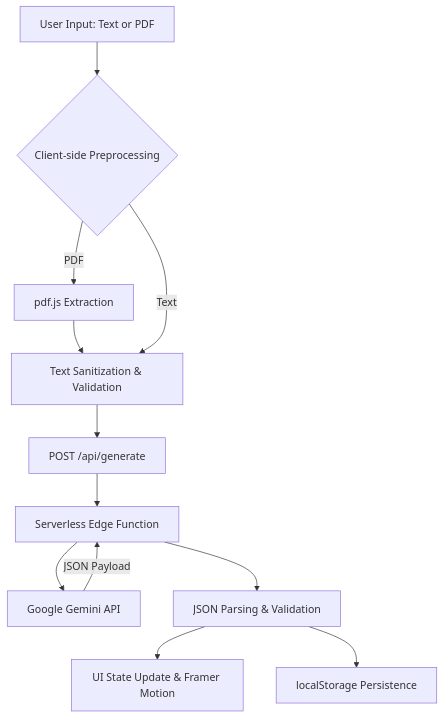
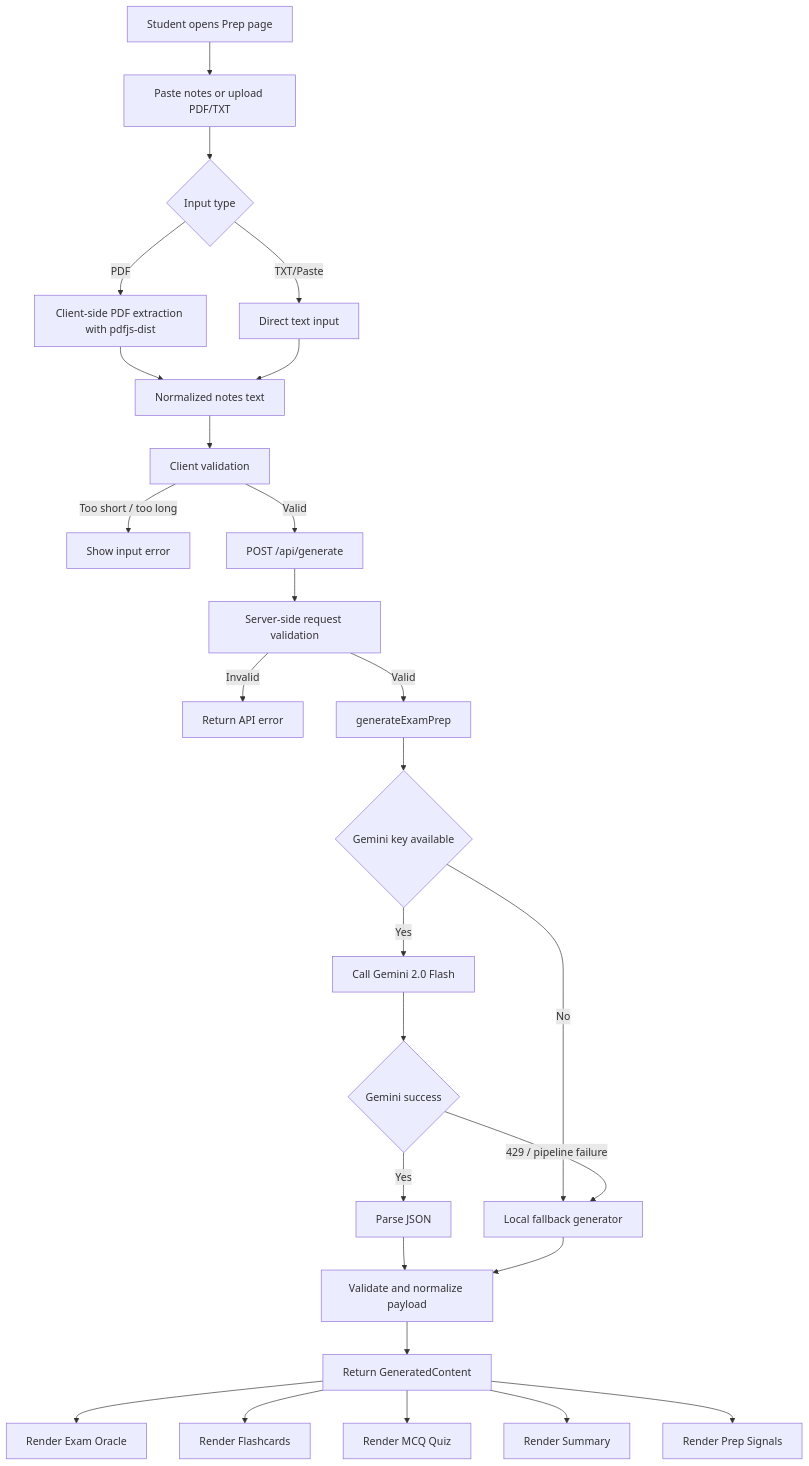
One commit to yashsrivastava1408/ExamOracle changed the second of 3 diagrams in README.md. Above: the diagram before and after it, drawn with Mermaid. The commit also changed other lines of this file and 37 other files, not shown here.

Commit message:
Build exam prep and anonymous community workflows

````diff
--- a/README.md
+++ b/README.md
@@ -45,14 +165,34 @@
 ```mermaid
-graph TD
-    A[User Input: Text or PDF] --> B{Client-side Preprocessing}
-    B -->|PDF| C[pdf.js Extraction]
-    C --> D[Text Sanitization & Validation]
-    B -->|Text| D
-    D --> E[POST /api/generate]
-    E --> F[Serverless Edge Function]
-    F --> G[Google Gemini API]
-    G -->|JSON Payload| F
-    F --> H[JSON Parsing & Validation]
-    H --> I[UI State Update & Framer Motion]
-    H --> J[localStorage Persistence]
+flowchart TD
+    A[Student opens Prep page] --> B[Paste notes or upload PDF/TXT]
+    B --> C{Input type}
+    C -->|PDF| D[Client-side PDF extraction with pdfjs-dist]
+    C -->|TXT/Paste| E[Direct text input]
+    D --> F[Normalized notes text]
+    E --> F
+    F --> G[Client validation]
+    G -->|Too short / too long| H[Show input error]
+    G -->|Valid| I[POST /api/generate]
+
+    I --> J[Server-side request validation]
+    J -->|Invalid| K[Return API error]
+    J -->|Valid| L[generateExamPrep]
+
+    L --> M{Gemini key available}
+    M -->|No| N[Local fallback generator]
+    M -->|Yes| O[Call Gemini 2.0 Flash]
+
+    O --> P{Gemini success}
+    P -->|Yes| Q[Parse JSON]
+    P -->|429 / pipeline failure| N
+
+    Q --> R[Validate and normalize payload]
+    N --> R
+    R --> S[Return GeneratedContent]
+
+    S --> T[Render Exam Oracle]
+    S --> U[Render Flashcards]
+    S --> V[Render MCQ Quiz]
+    S --> W[Render Summary]
+    S --> X[Render Prep Signals]
 ```
````
